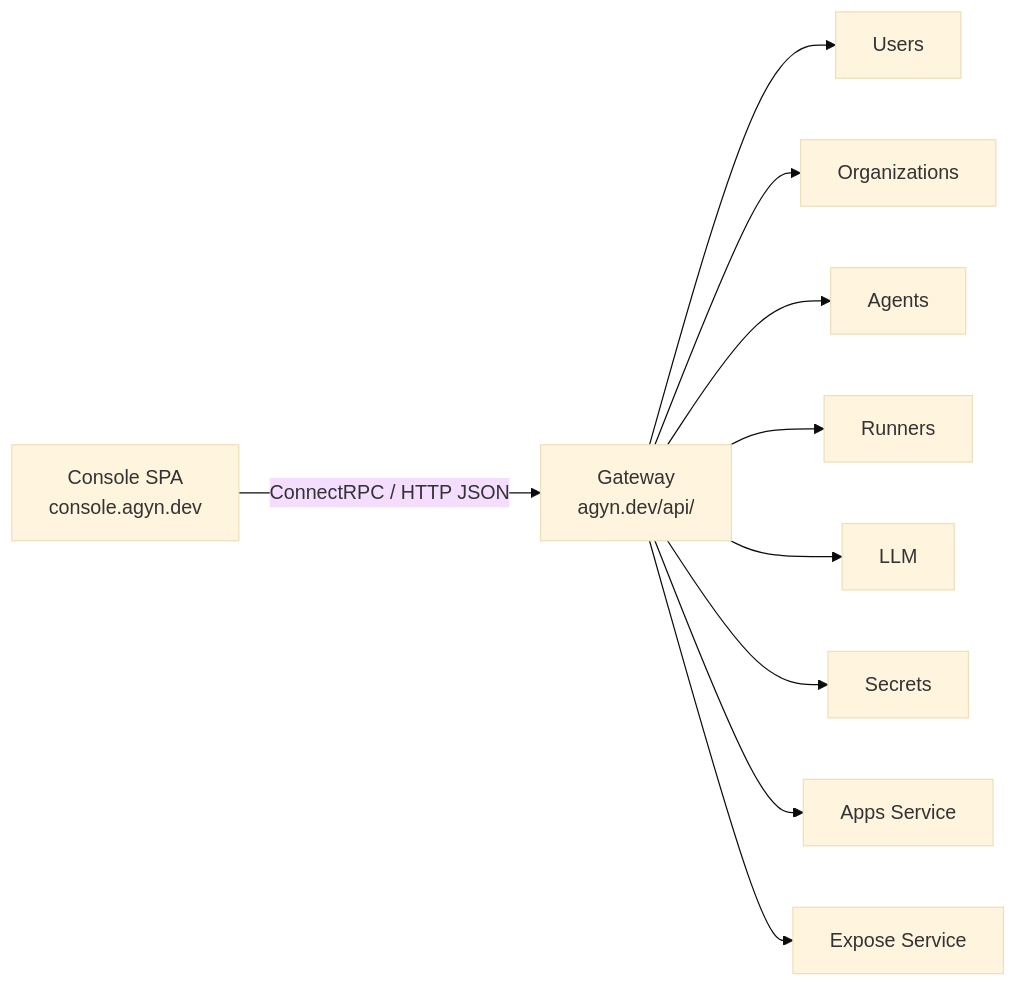
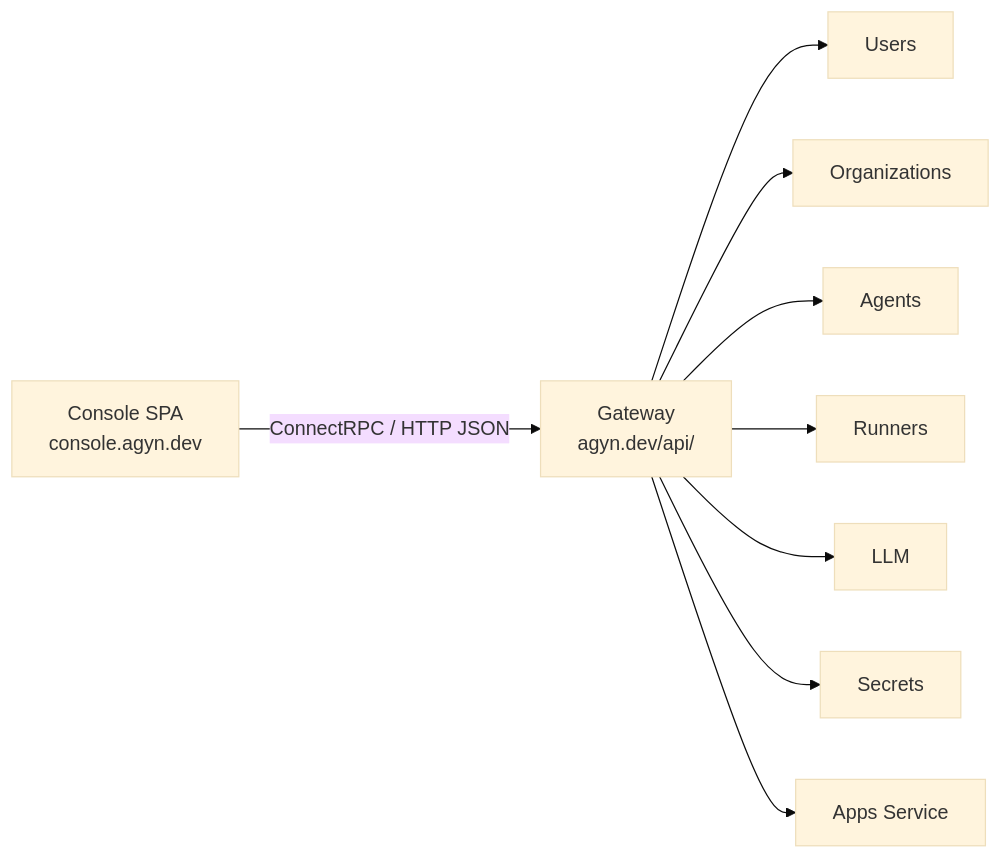
One commit to agynio/architecture changed the diagram in architecture/console.md. Above: the diagram before and after it, drawn with Mermaid (base theme). The commit also changed other lines of this file and 8 other files, not shown here.

````diff
--- a/architecture/console.md
+++ b/architecture/console.md
@@ -11,23 +11,21 @@
 ```mermaid
 graph LR
     Console[Console SPA<br/>console.agyn.dev]
     Gateway[Gateway<br/>agyn.dev/api/]
     Users[Users]
     Orgs[Organizations]
     Agents[Agents]
     Runners[Runners]
     LLMService[LLM]
     Secrets[Secrets]
     Apps[Apps Service]
-    Expose[Expose Service]
 
     Console -->|ConnectRPC / HTTP JSON| Gateway
     Gateway --> Users
     Gateway --> Orgs
     Gateway --> Agents
     Gateway --> Runners
     Gateway --> LLMService
     Gateway --> Secrets
     Gateway --> Apps
-    Gateway --> Expose
 ```
````
